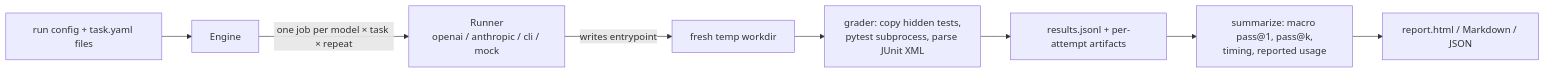
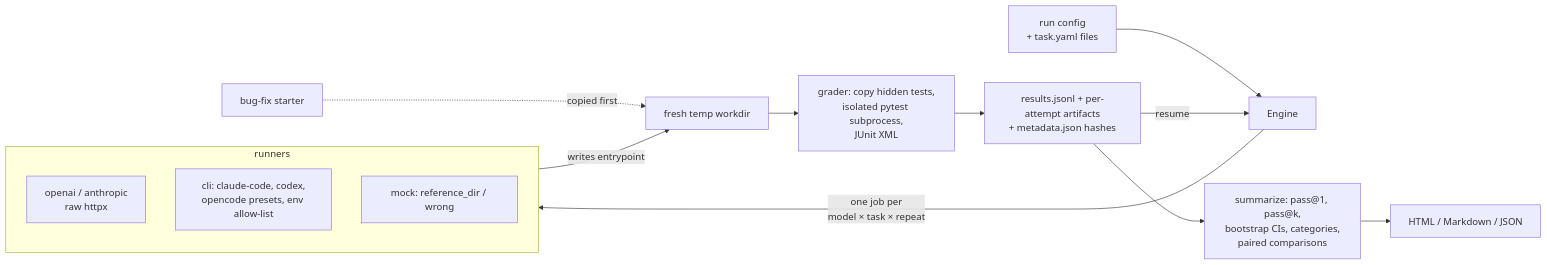
One commit to muhib-karim/agent-eval-harness changed the diagram in README.md. Above: the diagram before and after it, drawn with Mermaid. The commit also changed other lines of this file and 2 other files, not shown here.

First line of the commit message:
docs: README refresh for 1.3.0 and the 21 Oct measured run

````diff
--- a/README.md
+++ b/README.md
@@ -51,10 +154,17 @@
 ```mermaid
 flowchart LR
-    Config[run config + task.yaml files] --> Engine
-    Engine -->|one job per model × task × repeat| Runner[Runner<br/>openai / anthropic / cli / mock]
+    Config[run config<br/>+ task.yaml files] --> Engine
+    Engine -->|one job per<br/>model × task × repeat| Runner
+    subgraph Runner[runners]
+        HTTP[openai / anthropic<br/>raw httpx]
+        CLI[cli: claude-code, codex,<br/>opencode presets, env allow-list]
+        Mock[mock: reference_dir / wrong]
+    end
+    Starter[bug-fix starter] -.copied first.-> Workdir
     Runner -->|writes entrypoint| Workdir[fresh temp workdir]
-    Workdir --> Grader[grader: copy hidden tests,<br/>pytest subprocess, parse JUnit XML]
-    Grader --> Artifacts[results.jsonl + per-attempt artifacts]
-    Artifacts --> Summary[summarize: macro pass@1, pass@k,<br/>timing, reported usage]
-    Summary --> Reports[report.html / Markdown / JSON]
+    Workdir --> Grader[grader: copy hidden tests,<br/>isolated pytest subprocess,<br/>JUnit XML]
+    Grader --> Evidence[results.jsonl + per-attempt artifacts<br/>+ metadata.json hashes]
+    Evidence -->|resume| Engine
+    Evidence --> Summary[summarize: pass@1, pass@k,<br/>bootstrap CIs, categories,<br/>paired comparisons]
+    Summary --> Reports[HTML / Markdown / JSON]
 ```
````
